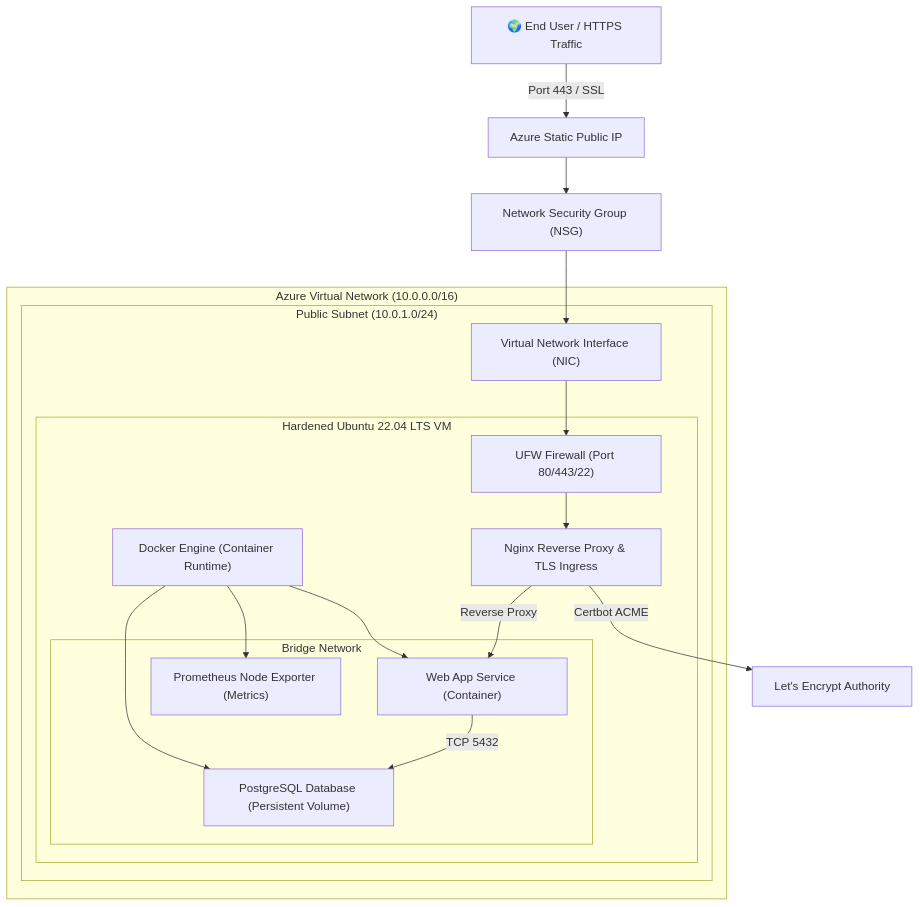
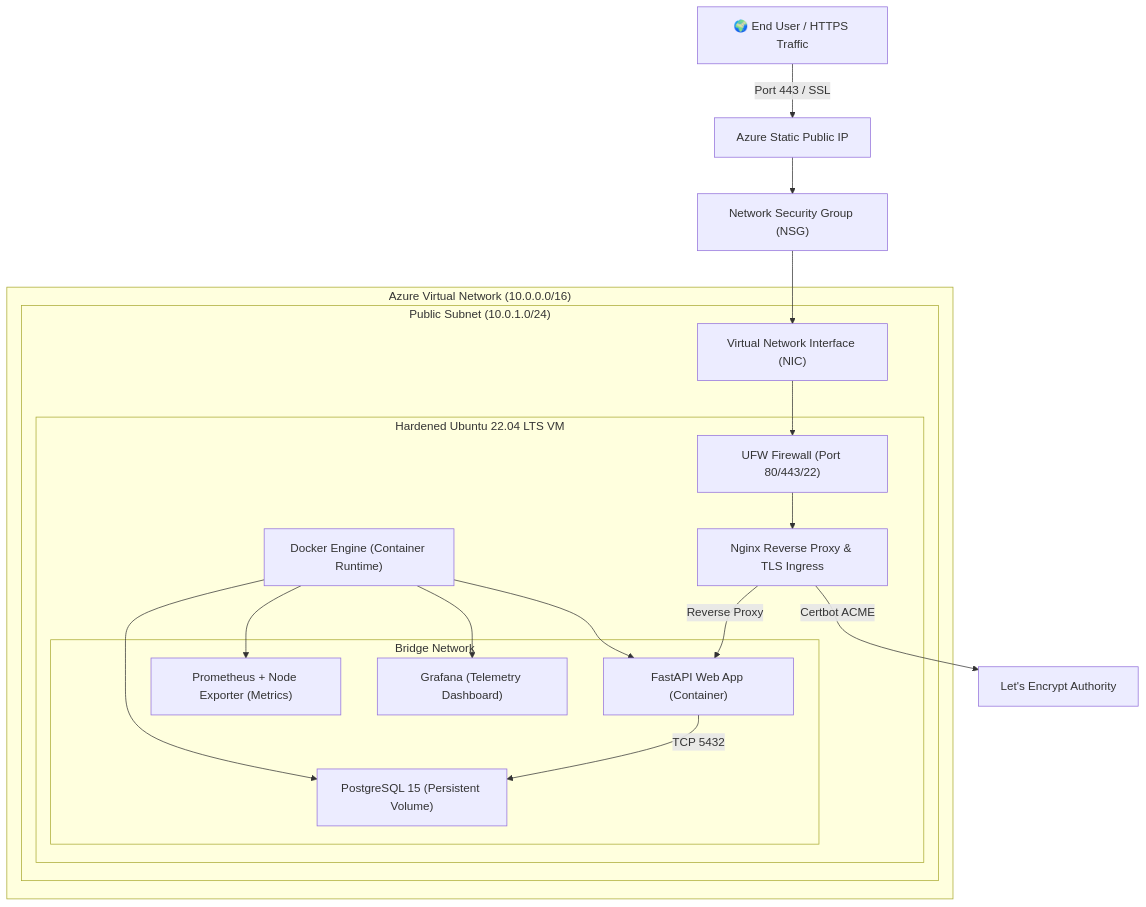
Before and after one commit to shrutibawase/azure-vm-app-deployment: the diagram in README.md, drawn with Mermaid. The commit also changed other lines of this file, not shown here.

````diff
--- a/README.md
+++ b/README.md
@@ -18,33 +21,35 @@
 ```mermaid
 graph TD
     User["🌍 End User / HTTPS Traffic"] -->|Port 443 / SSL| PIP["Azure Static Public IP"]
     PIP --> NSG["Network Security Group (NSG)"]
     
     subgraph Azure_VNet ["Azure Virtual Network (10.0.0.0/16)"]
         subgraph Public_Subnet ["Public Subnet (10.0.1.0/24)"]
             NIC["Virtual Network Interface (NIC)"]
             
             subgraph Azure_VM ["Hardened Ubuntu 22.04 LTS VM"]
                 UFW["UFW Firewall (Port 80/443/22)"]
                 NGINX["Nginx Reverse Proxy & TLS Ingress"]
                 DOCKER["Docker Engine (Container Runtime)"]
                 
                 subgraph Container_Network ["Bridge Network"]
-                    APP["Web App Service (Container)"]
-                    DB["PostgreSQL Database (Persistent Volume)"]
-                    PROM["Prometheus Node Exporter (Metrics)"]
+                    APP["FastAPI Web App (Container)"]
+                    DB["PostgreSQL 15 (Persistent Volume)"]
+                    PROM["Prometheus + Node Exporter (Metrics)"]
+                    GRAF["Grafana (Telemetry Dashboard)"]
                 end
             end
         end
     end
 
     NSG --> NIC
     NIC --> UFW
     UFW --> NGINX
     NGINX -->|Reverse Proxy| APP
     APP -->|TCP 5432| DB
     NGINX -->|Certbot ACME| LetsEncrypt["Let's Encrypt Authority"]
     DOCKER --> APP
     DOCKER --> DB
     DOCKER --> PROM
+    DOCKER --> GRAF
 ```
````
